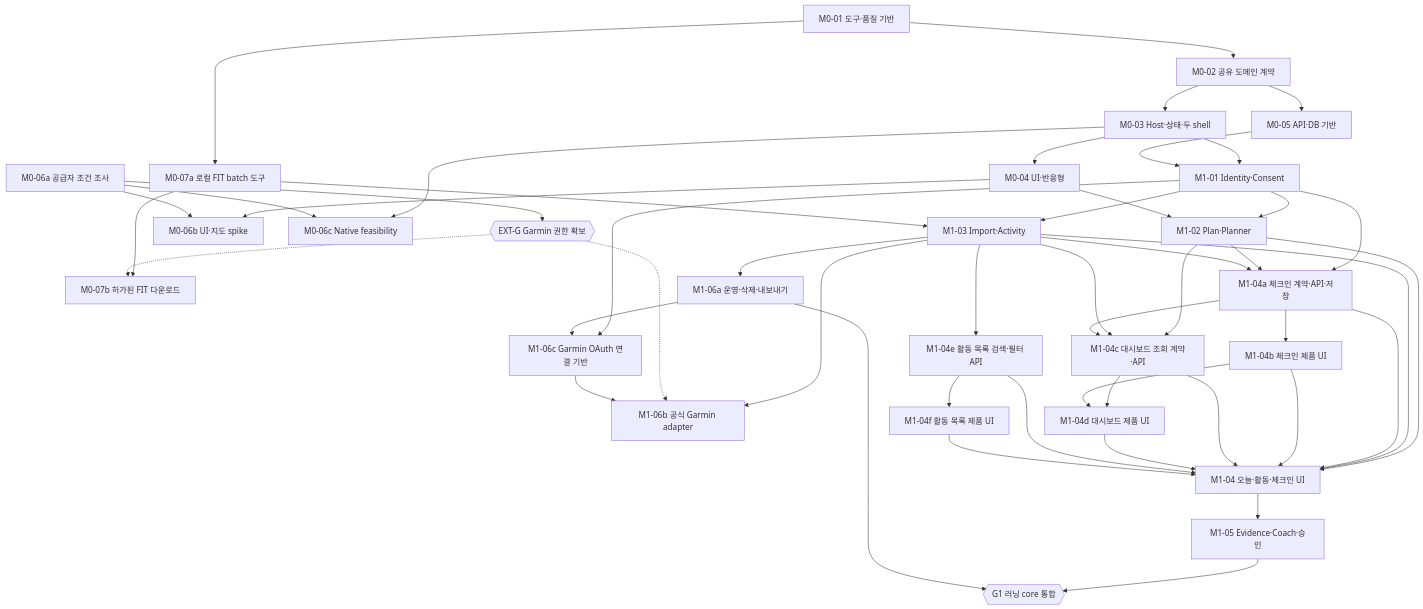
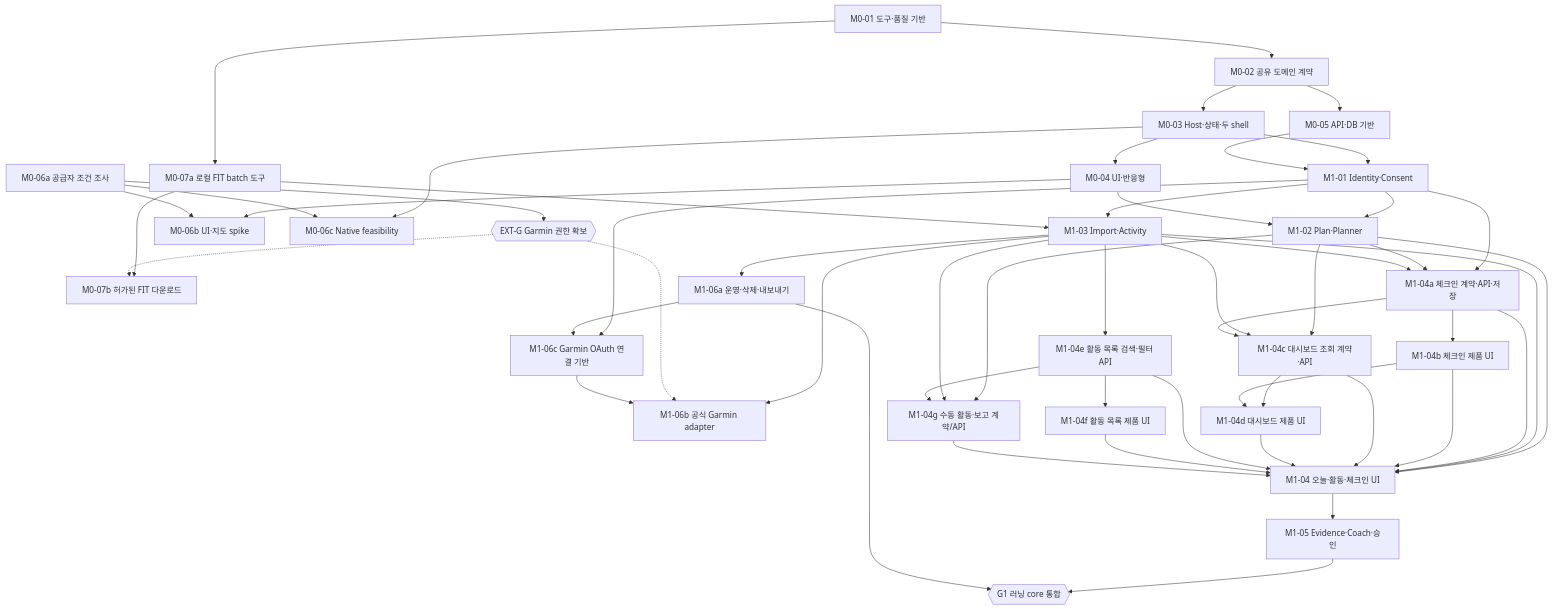
One commit to peacecheejecake/workout-manager changed the first of 3 diagrams in docs/implementation/task-graph.md. Above: the diagram before and after it, drawn with Mermaid. The commit also changed other lines of this file and 25 other files, not shown here.

````diff
--- a/docs/implementation/task-graph.md
+++ b/docs/implementation/task-graph.md
@@ -18,75 +18,80 @@
 ```mermaid
 flowchart TD
     task0["M0-01 도구·품질 기반"]
     task1["M0-02 공유 도메인 계약"]
     task2["M0-03 Host·상태·두 shell"]
     task3["M0-04 UI·반응형"]
     task4["M0-05 API·DB 기반"]
     task5["M0-06a 공급자 조건 조사"]
     task6{{"EXT-G Garmin 권한 확보"}}
     task7["M0-06b UI·지도 spike"]
     task8["M0-06c Native feasibility"]
     task9["M0-07a 로컬 FIT batch 도구"]
     task10["M0-07b 허가된 FIT 다운로드"]
     task11["M1-01 Identity·Consent"]
     task12["M1-02 Plan·Planner"]
     task13["M1-03 Import·Activity"]
     task14["M1-04 오늘·활동·체크인 UI"]
     task15["M1-05 Evidence·Coach·승인"]
     task16["M1-06a 운영·삭제·내보내기"]
     task17["M1-06b 공식 Garmin adapter"]
     garminOAuth["M1-06c Garmin OAuth 연결 기반"]
     task18{{"G1 러닝 core 통합"}}
     task0 --> task1
     task1 --> task2
     task2 --> task3
     task1 --> task4
     task5 --> task6
     task3 --> task7
     task5 --> task7
     task2 --> task8
     task5 --> task8
     task0 --> task9
     task9 --> task10
     task6 -.-> task10
     task2 --> task11
     task4 --> task11
     task11 --> task12
     task3 --> task12
     task11 --> task13
     task9 --> task13
     task12 --> task14
     task13 --> task14
     checkins["M1-04a 체크인 계약·API·저장"]
     task11 --> checkins
     task12 --> checkins
     task13 --> checkins
     checkins --> task14
     wellbeing["M1-04b 체크인 제품 UI"]
     checkins --> wellbeing
     wellbeing --> task14
     dashboardApi["M1-04c 대시보드 조회 계약·API"]
     task12 --> dashboardApi
     task13 --> dashboardApi
     checkins --> dashboardApi
     dashboardApi --> task14
     dashboardUi["M1-04d 대시보드 제품 UI"]
     dashboardApi --> dashboardUi
     wellbeing --> dashboardUi
     dashboardUi --> task14
     activityQuery["M1-04e 활동 목록 검색·필터 API"]
     task13 --> activityQuery
     activityQuery --> task14
     activityBrowser["M1-04f 활동 목록 제품 UI"]
     activityQuery --> activityBrowser
     activityBrowser --> task14
+    manualActivity["M1-04g 수동 활동·보고 계약/API"]
+    task12 --> manualActivity
+    task13 --> manualActivity
+    activityQuery --> manualActivity
+    manualActivity --> task14
     task14 --> task15
     task13 --> task16
     task13 --> task17
     task6 -.-> task17
     task11 --> garminOAuth
     task16 --> garminOAuth
     garminOAuth --> task17
     task15 --> task18
     task16 --> task18
 ```
````
